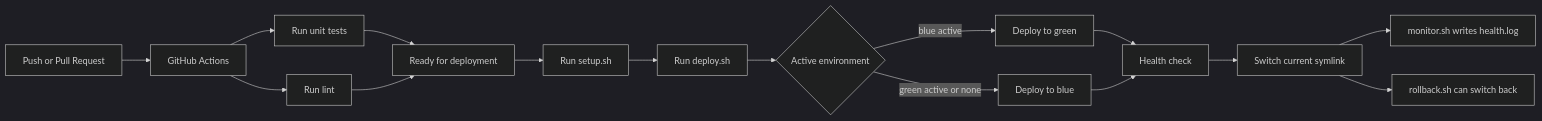
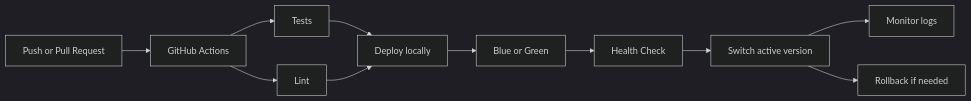
One commit to ZuraKajaia565/midterm-devops changed the diagram in README.md. Above: the diagram before and after it, drawn with Mermaid (dark theme). The commit also changed other lines of this file, not shown here.

````diff
--- a/README.md
+++ b/README.md
@@ -318,18 +159,13 @@
 ```mermaid
 flowchart LR
   A[Push or Pull Request] --> B[GitHub Actions]
-  B --> C[Run unit tests]
-  B --> D[Run lint]
-  C --> E[Ready for deployment]
+  B --> C[Tests]
+  B --> D[Lint]
+  C --> E[Deploy locally]
   D --> E
-  E --> F[Run setup.sh]
-  F --> G[Run deploy.sh]
-  G --> H{Active environment}
-  H -->|blue active| I[Deploy to green]
-  H -->|green active or none| J[Deploy to blue]
-  I --> K[Health check]
-  J --> K
-  K --> L[Switch current symlink]
-  L --> M[monitor.sh writes health.log]
-  L --> N[rollback.sh can switch back]
+  E --> F[Blue or Green]
+  F --> G[Health Check]
+  G --> H[Switch active version]
+  H --> I[Monitor logs]
+  H --> J[Rollback if needed]
 ```
````
